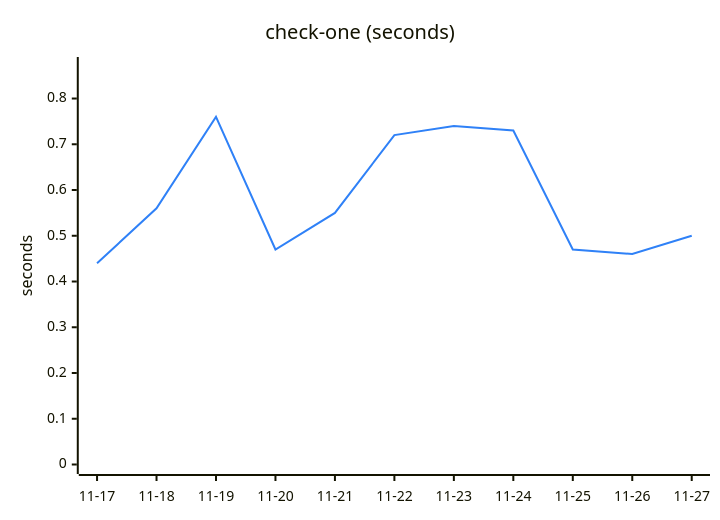
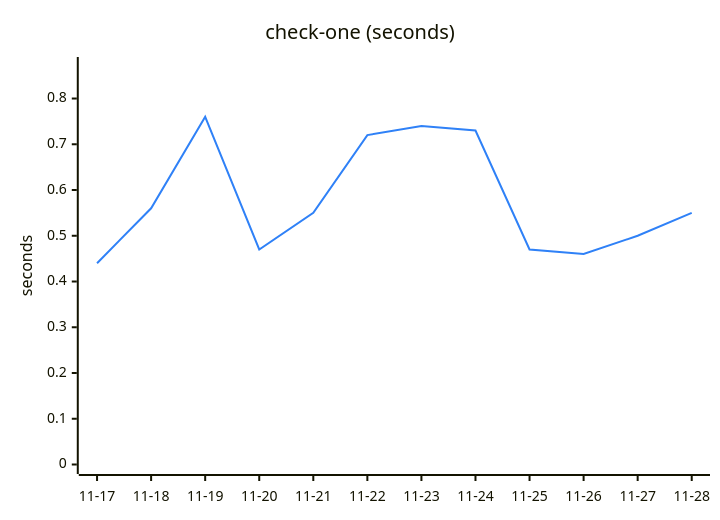
One commit to Ricovl/mxcli changed the fourth of 6 diagrams in TREND.md. Above: the diagram before and after it, drawn with Mermaid. The commit also changed other lines of this file and 2 other files, not shown here.

````diff
--- a/TREND.md
+++ b/TREND.md
@@ -97,13 +97,13 @@
 ```mermaid
 ---
 config:
   themeVariables:
     xyChart:
       plotColorPalette: "#2f81f7"
 ---
 xychart-beta
     title "check-one (seconds)"
-    x-axis ["11-17", "11-18", "11-19", "11-20", "11-21", "11-22", "11-23", "11-24", "11-25", "11-26", "11-27"]
+    x-axis ["11-17", "11-18", "11-19", "11-20", "11-21", "11-22", "11-23", "11-24", "11-25", "11-26", "11-27", "11-28"]
     y-axis "seconds" 0 --> 0.87
-    line [0.44, 0.56, 0.76, 0.47, 0.55, 0.72, 0.74, 0.73, 0.47, 0.46, 0.50]
+    line [0.44, 0.56, 0.76, 0.47, 0.55, 0.72, 0.74, 0.73, 0.47, 0.46, 0.50, 0.55]
 ```
````
